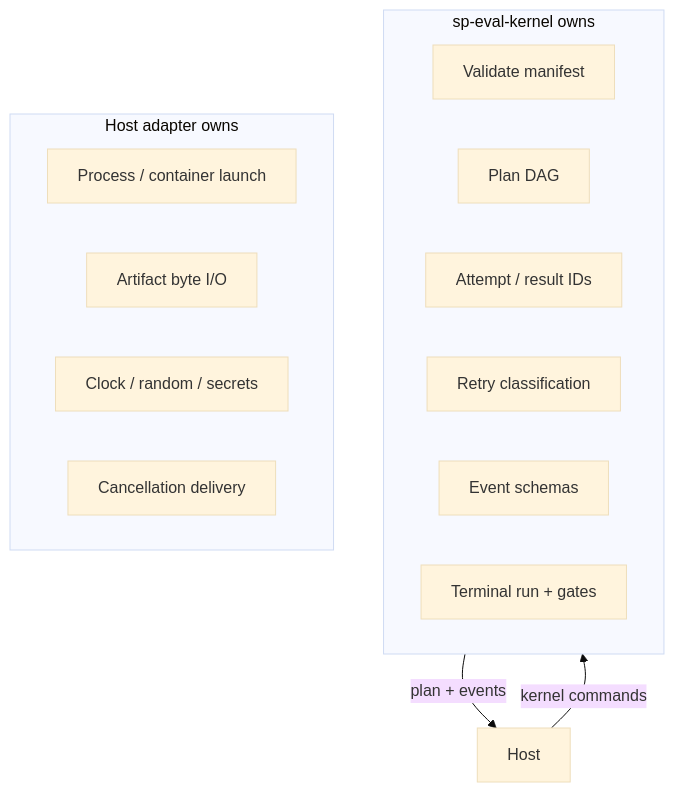
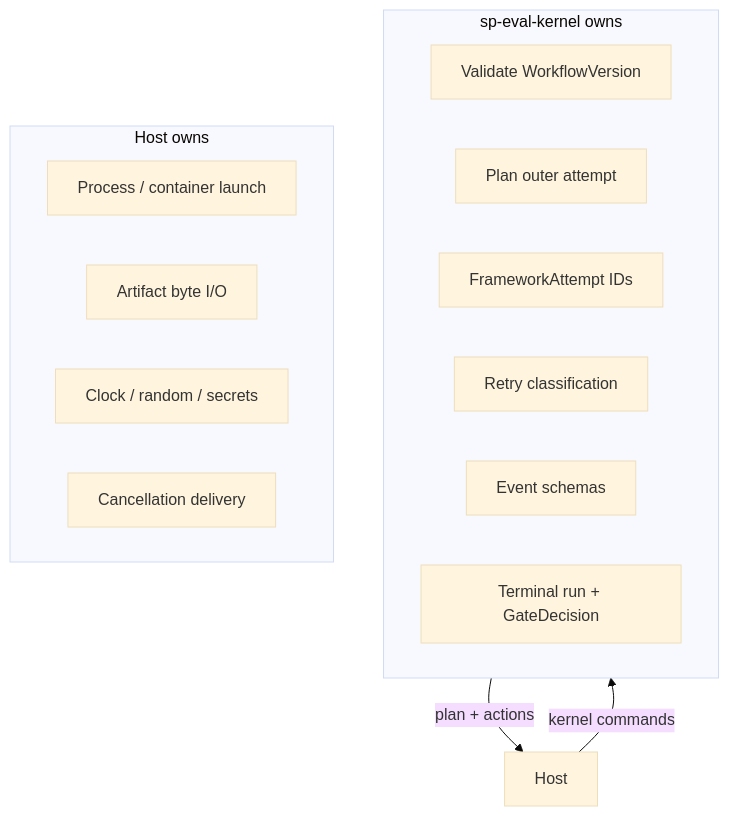
The first of 2 diagrams in en/evaluation/architecture/kernel-and-hosts.md (softprobe/document-website), drawn with Mermaid (base theme) before and after one commit. The commit also changed other lines of this file and 57 other files, not shown here.

````diff
--- a/en/evaluation/architecture/kernel-and-hosts.md
+++ b/en/evaluation/architecture/kernel-and-hosts.md
@@ -11,19 +11,19 @@
 ```mermaid
 flowchart TB
   subgraph kernel [sp-eval-kernel owns]
-    V[Validate manifest]
-    P[Plan DAG]
-    ID[Attempt / result IDs]
+    V[Validate WorkflowVersion]
+    P[Plan outer attempt]
+    ID[FrameworkAttempt IDs]
     R[Retry classification]
     E[Event schemas]
-    G[Terminal run + gates]
+    G[Terminal run + GateDecision]
   end
-  subgraph host [Host adapter owns]
+  subgraph host [Host owns]
     L[Process / container launch]
     B[Artifact byte I/O]
     C[Clock / random / secrets]
     X[Cancellation delivery]
   end
   Host -->|kernel commands| kernel
-  kernel -->|plan + events| Host
+  kernel -->|plan + actions| Host
 ```
````
